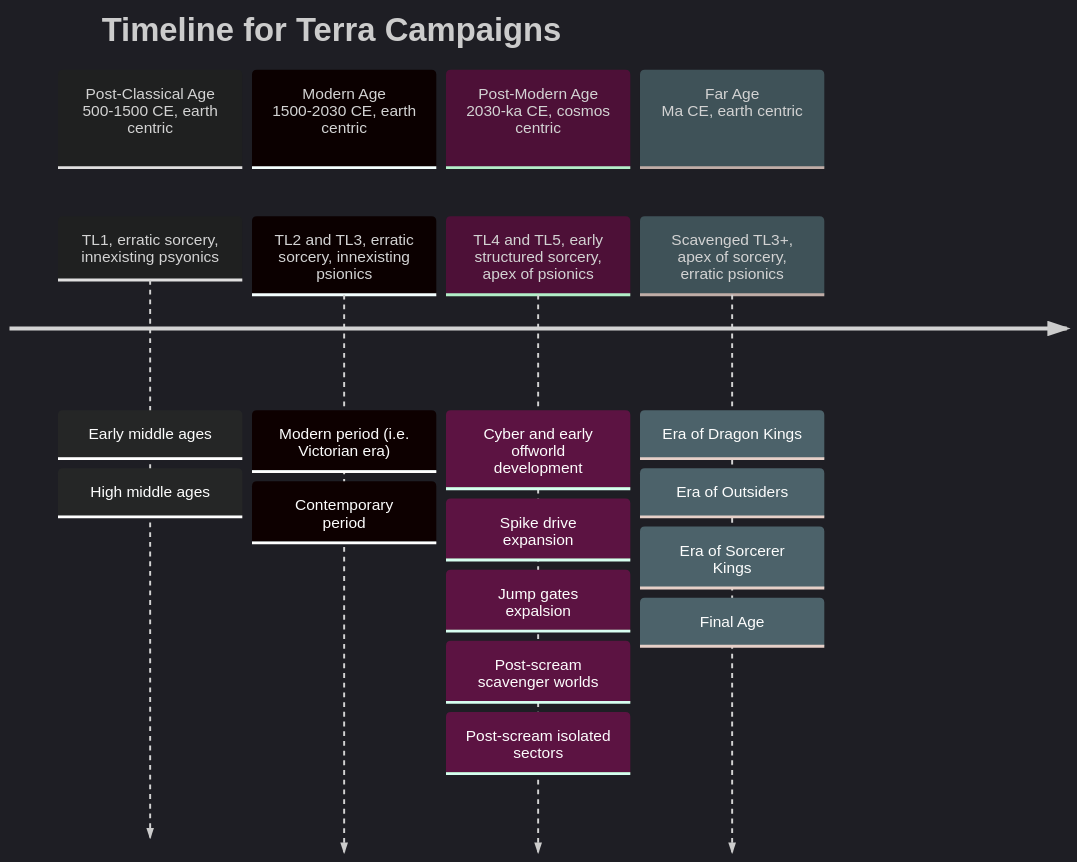
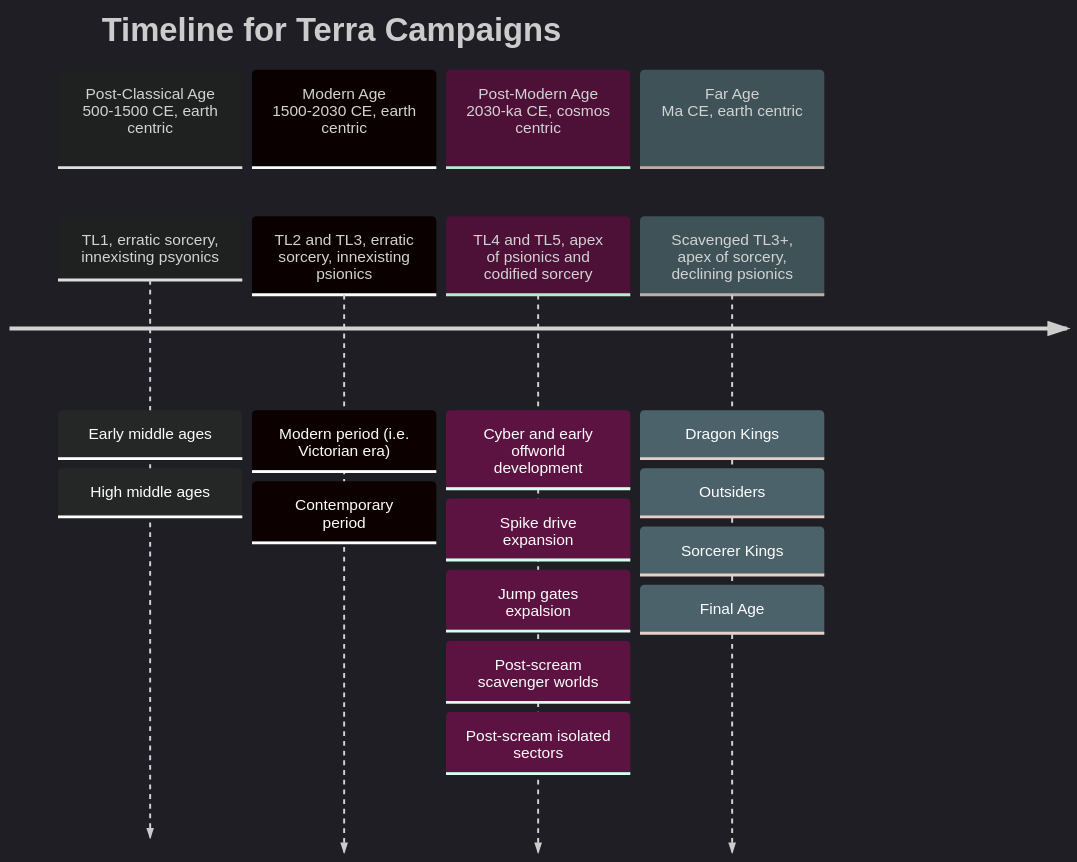
One commit to efsalvarenga/arrival_pcs changed the diagram in README.md. Above: the diagram before and after it, drawn with Mermaid. The commit also changed other lines of this file, not shown here.

````diff
--- a/README.md
+++ b/README.md
@@ -3,26 +3,26 @@
 ```mermaid
 %%{init: { 'logLevel': 'debug', 'theme': 'dark' } }%%
 timeline
         title Timeline for Terra Campaigns
 		section Post-Classical Age <br> 500-1500 CE, earth centric
 			TL1, erratic sorcery, innexisting psyonics
 			: Early middle ages
 			: High middle ages
 		section Modern Age <br> 1500-2030 CE, earth centric
 			TL2 and TL3, erratic sorcery, innexisting psionics
 			: Modern period (i.e. Victorian era)
 			: Contemporary period
 		section Post-Modern Age <br> 2030-ka CE, cosmos centric
-			TL4 and TL5, early structured sorcery, apex of psionics
+			TL4 and TL5, apex of psionics and codified sorcery
 			: Cyber and early offworld development
 			: Spike drive expansion
 			: Jump gates expalsion
 			: Post-scream scavenger worlds
 			: Post-scream isolated sectors
 		section Far Age <br> Ma CE, earth centric
-			Scavenged TL3+, apex of sorcery, erratic psionics
-			: Era of Dragon Kings
-			: Era of Outsiders
-			: Era of Sorcerer Kings
+			Scavenged TL3+, apex of sorcery, declining psionics
+			: Dragon Kings
+			: Outsiders
+			: Sorcerer Kings
 			: Final Age
 ```
````
